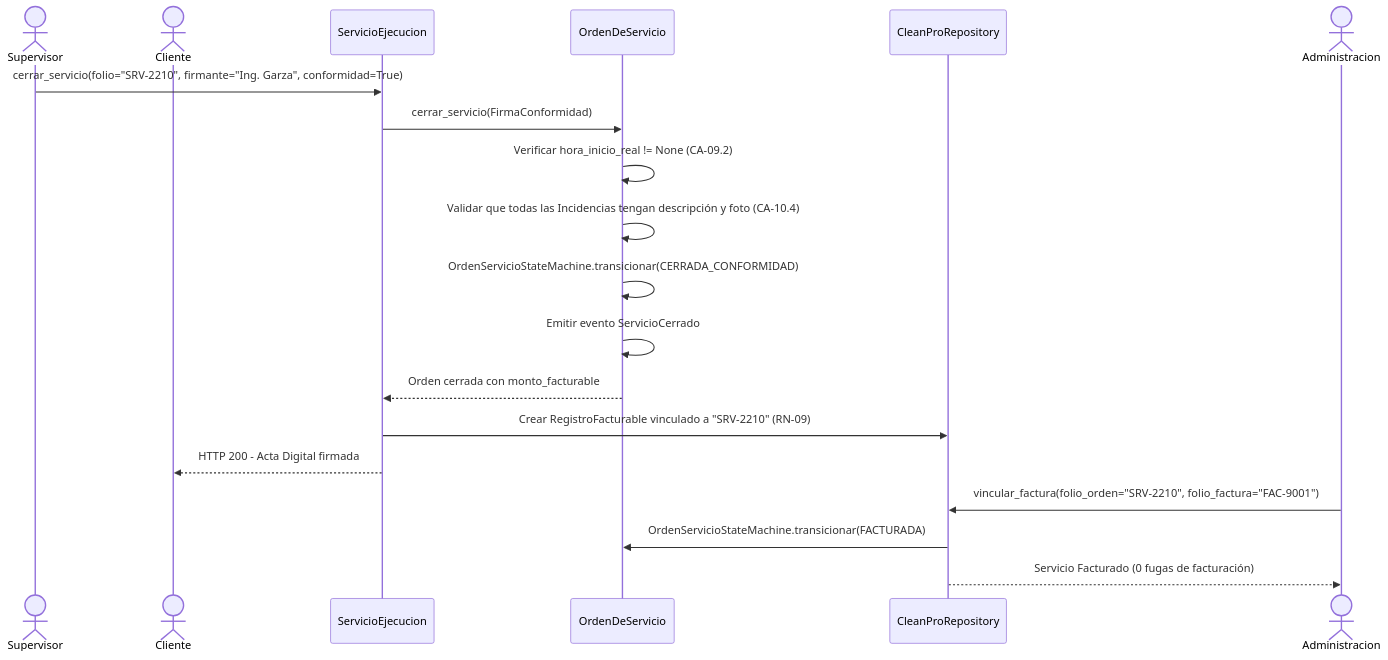
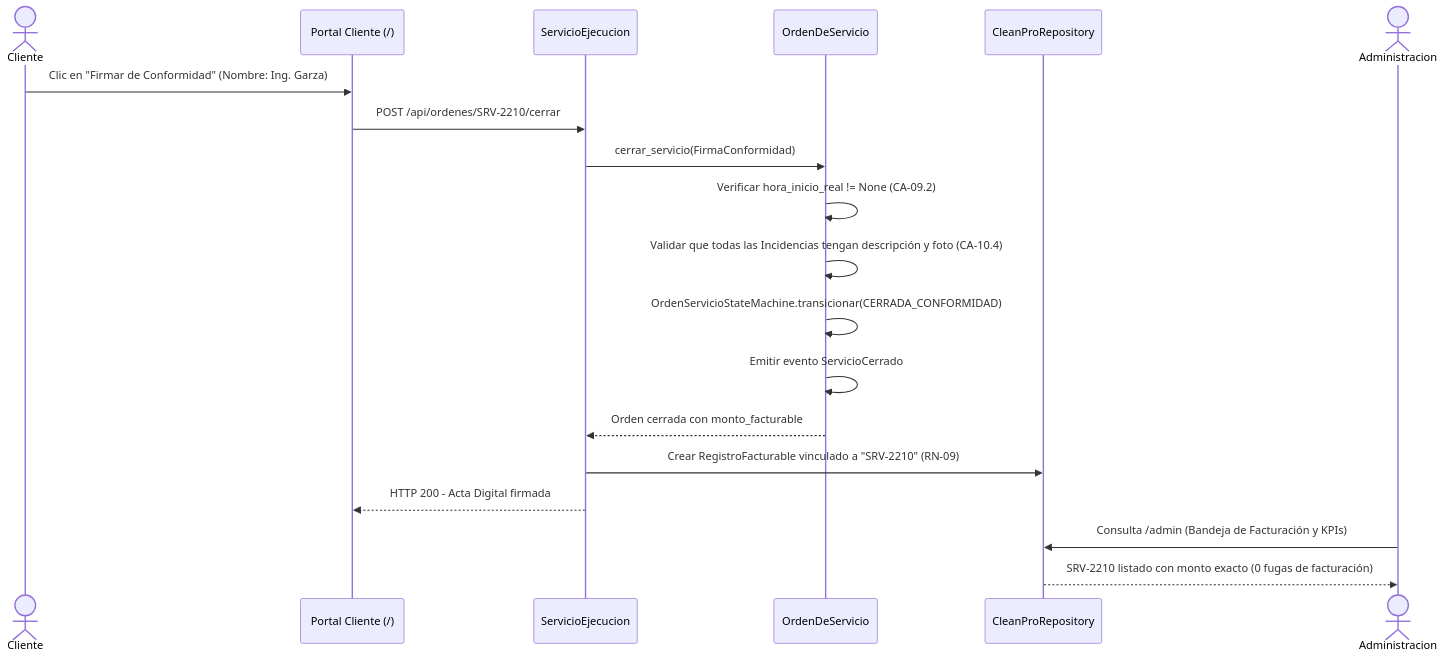
The sixth of 6 diagrams in docs/architecture/Diagramas_UML.md (DamiNerio/CleanPro-CLNG-PIA-), drawn with Mermaid before and after one commit. The commit also changed other lines of this file, not shown here.

Commit message:
modified:   docs/architecture/Diagramas_UML.md

````diff
--- a/docs/architecture/Diagramas_UML.md
+++ b/docs/architecture/Diagramas_UML.md
@@ -254,23 +256,23 @@
 ```mermaid
 sequenceDiagram
-    actor Supervisor
     actor Cliente
+    participant CliUI as Portal Cliente (/)
     participant SEj as ServicioEjecucion
     participant OS as OrdenDeServicio
     participant Repo as CleanProRepository
     actor Administracion
 
-    Supervisor->>SEj: cerrar_servicio(folio="SRV-2210", firmante="Ing. Garza", conformidad=True)
+    Cliente->>CliUI: Clic en "Firmar de Conformidad" (Nombre: Ing. Garza)
+    CliUI->>SEj: POST /api/ordenes/SRV-2210/cerrar
     SEj->>OS: cerrar_servicio(FirmaConformidad)
     OS->>OS: Verificar hora_inicio_real != None (CA-09.2)
     OS->>OS: Validar que todas las Incidencias tengan descripción y foto (CA-10.4)
     OS->>OS: OrdenServicioStateMachine.transicionar(CERRADA_CONFORMIDAD)
     OS->>OS: Emitir evento ServicioCerrado
     OS-->>SEj: Orden cerrada con monto_facturable
     SEj->>Repo: Crear RegistroFacturable vinculado a "SRV-2210" (RN-09)
-    SEj-->>Cliente: HTTP 200 - Acta Digital firmada
+    SEj-->>CliUI: HTTP 200 - Acta Digital firmada
     
-    Administracion->>Repo: vincular_factura(folio_orden="SRV-2210", folio_factura="FAC-9001")
-    Repo->>OS: OrdenServicioStateMachine.transicionar(FACTURADA)
-    Repo-->>Administracion: Servicio Facturado (0 fugas de facturación)
+    Administracion->>Repo: Consulta /admin (Bandeja de Facturación y KPIs)
+    Repo-->>Administracion: SRV-2210 listado con monto exacto (0 fugas de facturación)
 ```
````
